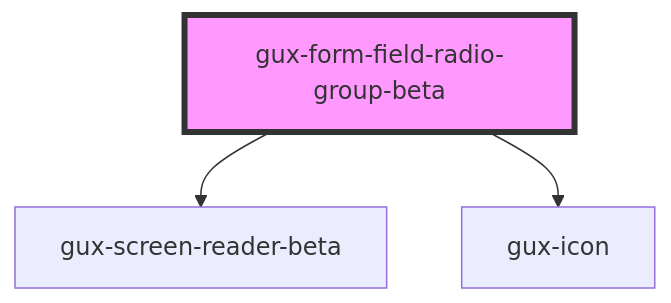
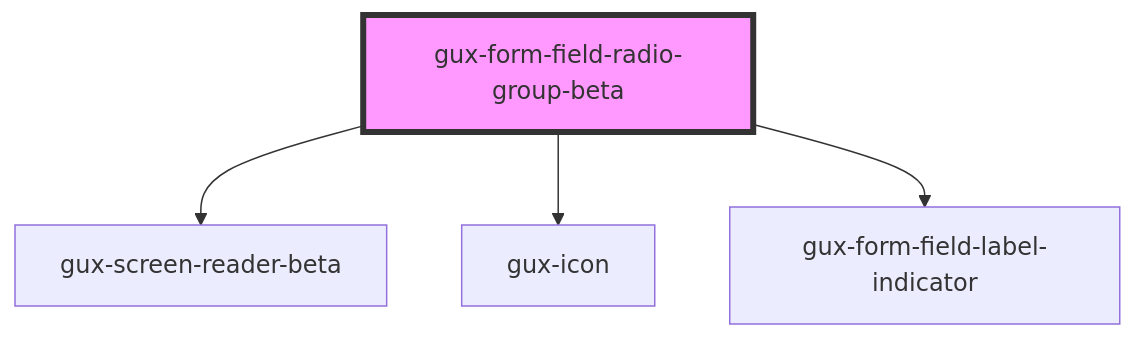
The diagram in packages/genesys-spark-components/src/components/stable/gux-form-field/components/gux-form-field-radio-group/readme.md (MyPureCloud/genesys-spark), drawn with Mermaid before and after one commit. The commit also changed other lines of this file and 10 other files, not shown here.

Commit message:
chore(other): Update file and radio group

````diff
--- a/packages/genesys-spark-components/src/components/stable/gux-form-field/components/gux-form-field-radio-group/readme.md
+++ b/packages/genesys-spark-components/src/components/stable/gux-form-field/components/gux-form-field-radio-group/readme.md
@@ -32,6 +34,7 @@
 ```mermaid
 graph TD;
   gux-form-field-radio-group-beta --> gux-screen-reader-beta
   gux-form-field-radio-group-beta --> gux-icon
+  gux-form-field-radio-group-beta --> gux-form-field-label-indicator
   style gux-form-field-radio-group-beta fill:#f9f,stroke:#333,stroke-width:4px
 ```
````
